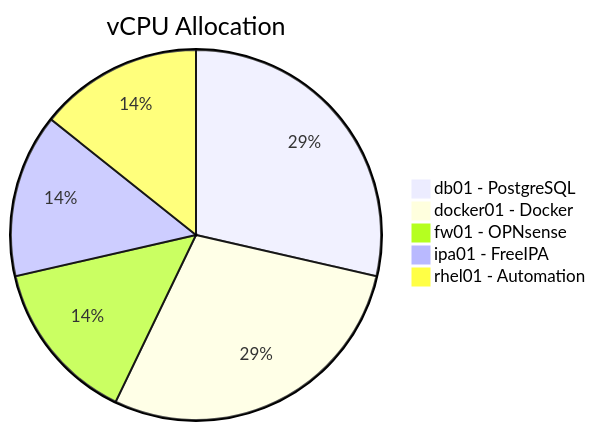
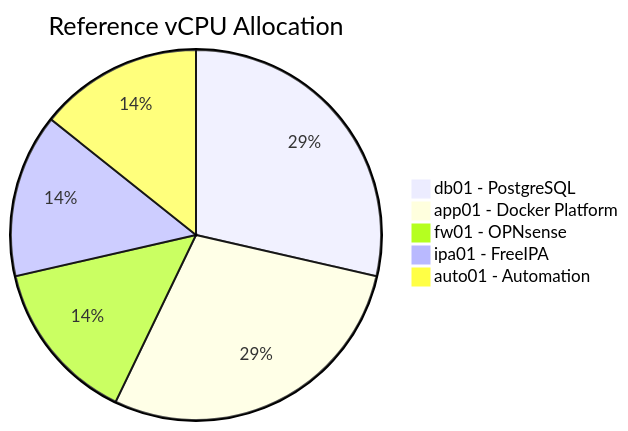
Before and after one commit to O2BUCAK/EnterpriseReferenceArchitecture: the first of 4 diagrams in docs/resource-matrix/vm-resource-matrix.md, drawn with Mermaid. The commit also changed other lines of this file, not shown here.

Commit message:
docs: align VM resource matrix with reference architecture

````diff
--- a/docs/resource-matrix/vm-resource-matrix.md
+++ b/docs/resource-matrix/vm-resource-matrix.md
@@ -166,8 +114,8 @@
 ```mermaid
-pie title vCPU Allocation
+pie title Reference vCPU Allocation
     "db01 - PostgreSQL" : 4
-    "docker01 - Docker" : 4
+    "app01 - Docker Platform" : 4
     "fw01 - OPNsense" : 2
     "ipa01 - FreeIPA" : 2
-    "rhel01 - Automation" : 2
+    "auto01 - Automation" : 2
 ```
````
